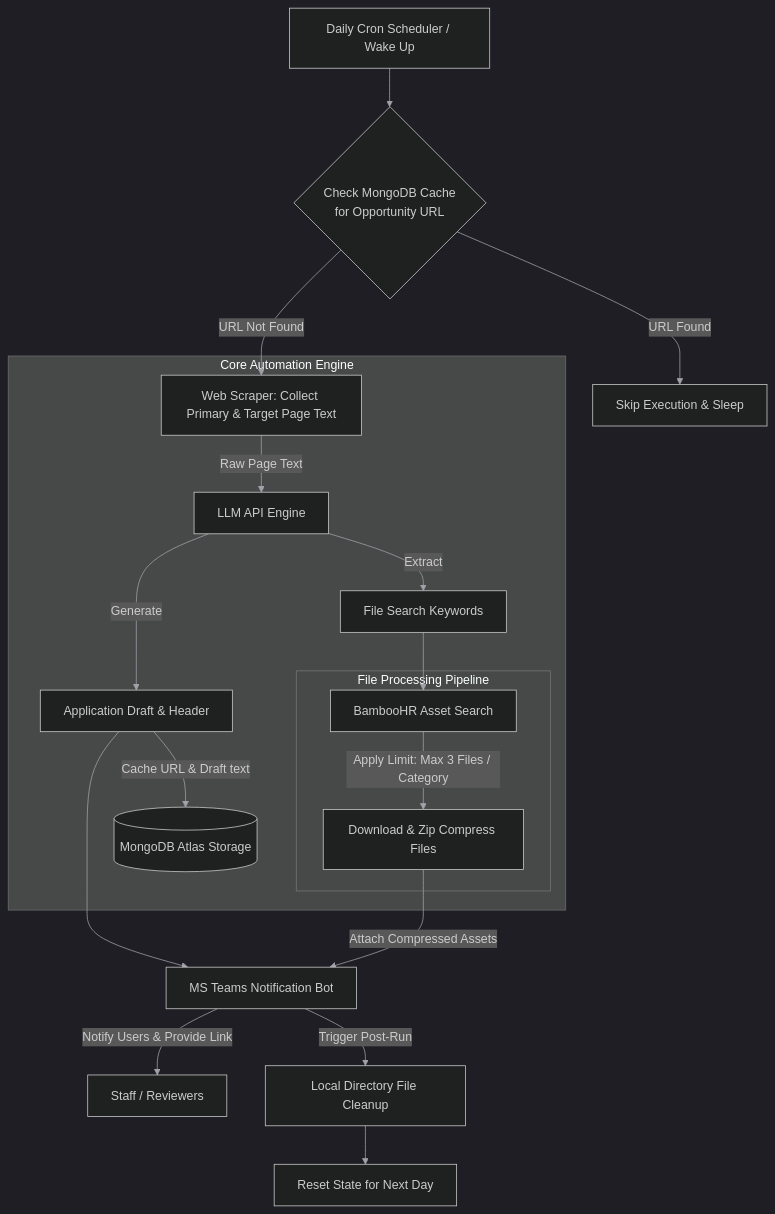
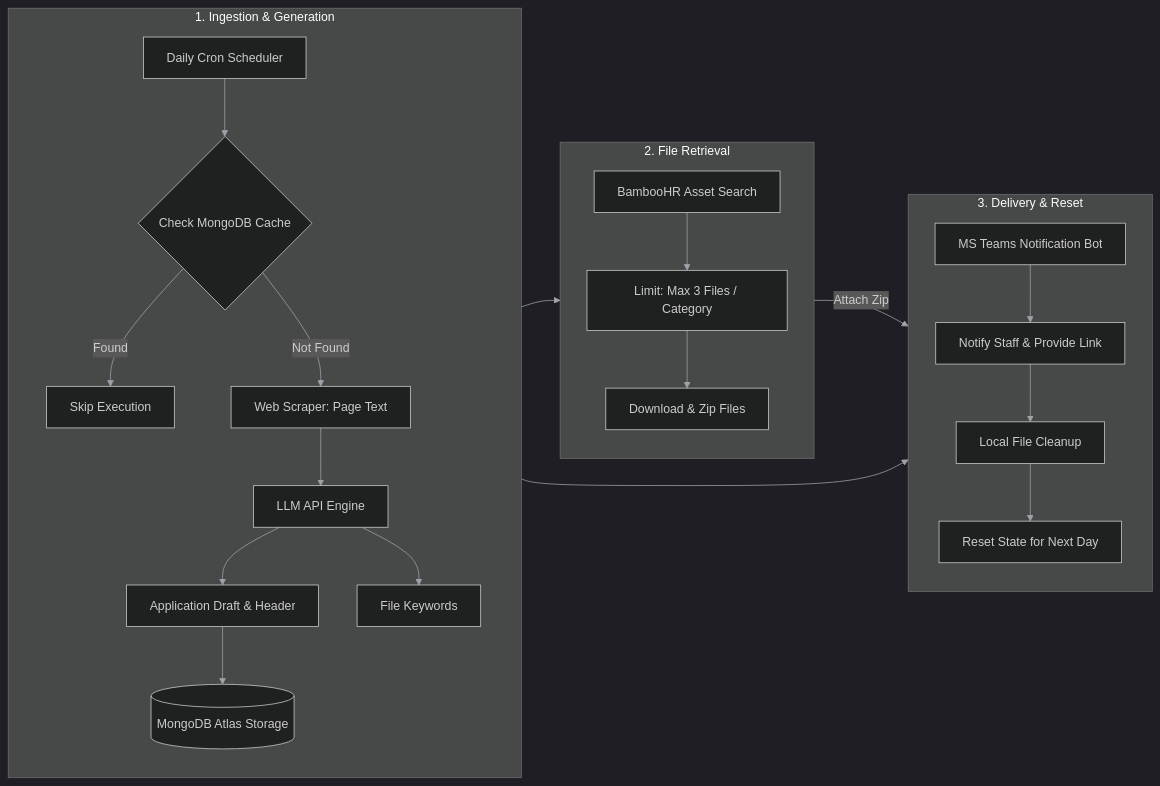
One commit to wevans02/Meta-Employment-Services-Internship changed the diagram in Agentic-AI-system/README.md. Above: the diagram before and after it, drawn with Mermaid.

Commit message:
Updating Formatting of architecture

````diff
--- a/Agentic-AI-system/README.md
+++ b/Agentic-AI-system/README.md
@@ -7,33 +7,34 @@
 ```mermaid
 %%{init: { 'theme': 'dark', 'themeVariables': { 'lineColor': '#a1a1aa', 'labelColor': '#ffffff', 'primaryColor': '#1e293b', 'primaryTextColor': '#ffffff', 'actorLineColor': '#ffffff' }}}%%
-graph TD
-    %% Trigger & Cache Lookup
-    Start[Daily Cron Scheduler / Wake Up] --> CheckCache{Check MongoDB Cache<br/>for Opportunity URL}
-    
-    CheckCache -->|URL Found| EndCached[Skip Execution & Sleep]
-    CheckCache -->|URL Not Found| Scraper[Web Scraper: Collect Primary & Target Page Text]
-
-    %% Main Processing Subgraph
-    subgraph Core Automation Engine
-        Scraper -->|Raw Page Text| LLM[LLM API Engine]
-        
-        LLM -->|Generate| Draft[Application Draft & Header]
-        LLM -->|Extract| Keywords[File Search Keywords]
-
-        Draft -->|Cache URL & Draft text| Mongo[(MongoDB Atlas Storage)]
-        
-        Keywords --> BambooSearch[BambooHR Asset Search]
-        
-        subgraph File Processing Pipeline
-            BambooSearch -->|Apply Limit: Max 3 Files / Category| Downloader[Download & Zip Compress Files]
-        end
+graph LR
+    %% Main Vertical Flow for Scraping & Generation
+    subgraph Data Processing Pipeline [1. Ingestion & Generation]
+        direction TB
+        Start[Daily Cron Scheduler] --> CheckCache{Check MongoDB Cache}
+        CheckCache -->|Found| Skip[Skip Execution]
+        CheckCache -->|Not Found| Scraper[Web Scraper: Page Text]
+        Scraper --> LLM[LLM API Engine]
+        LLM --> Draft[Application Draft & Header]
+        LLM --> Keywords[File Keywords]
+        Draft --> Mongo[(MongoDB Atlas Storage)]
     end
 
-    %% Delivery & Cleanup
-    Draft --> TeamsNotifier[MS Teams Notification Bot]
-    Downloader -->|Attach Compressed Assets| TeamsNotifier
-    
-    TeamsNotifier -->|Notify Users & Provide Link| EndUser[Staff / Reviewers]
-    TeamsNotifier -->|Trigger Post-Run| Cleanup[Local Directory File Cleanup]
-    Cleanup --> Sleep[Reset State for Next Day]
+    %% File Handling Pipeline
+    subgraph File Engine [2. File Retrieval]
+        direction TB
+        Keywords --> Bamboo[BambooHR Asset Search]
+        Bamboo --> Limit[Limit: Max 3 Files / Category]
+        Limit --> Zip[Download & Zip Files]
+    end
+
+    %% Horizontal Move to Delivery & Cleanup
+    Draft --> Teams[MS Teams Notification Bot]
+    Zip -->|Attach Zip| Teams
+
+    subgraph Delivery & Cleanup [3. Delivery & Reset]
+        direction TB
+        Teams --> Notify[Notify Staff & Provide Link]
+        Notify --> Cleanup[Local File Cleanup]
+        Cleanup --> Reset[Reset State for Next Day]
+    end
 ```
````
